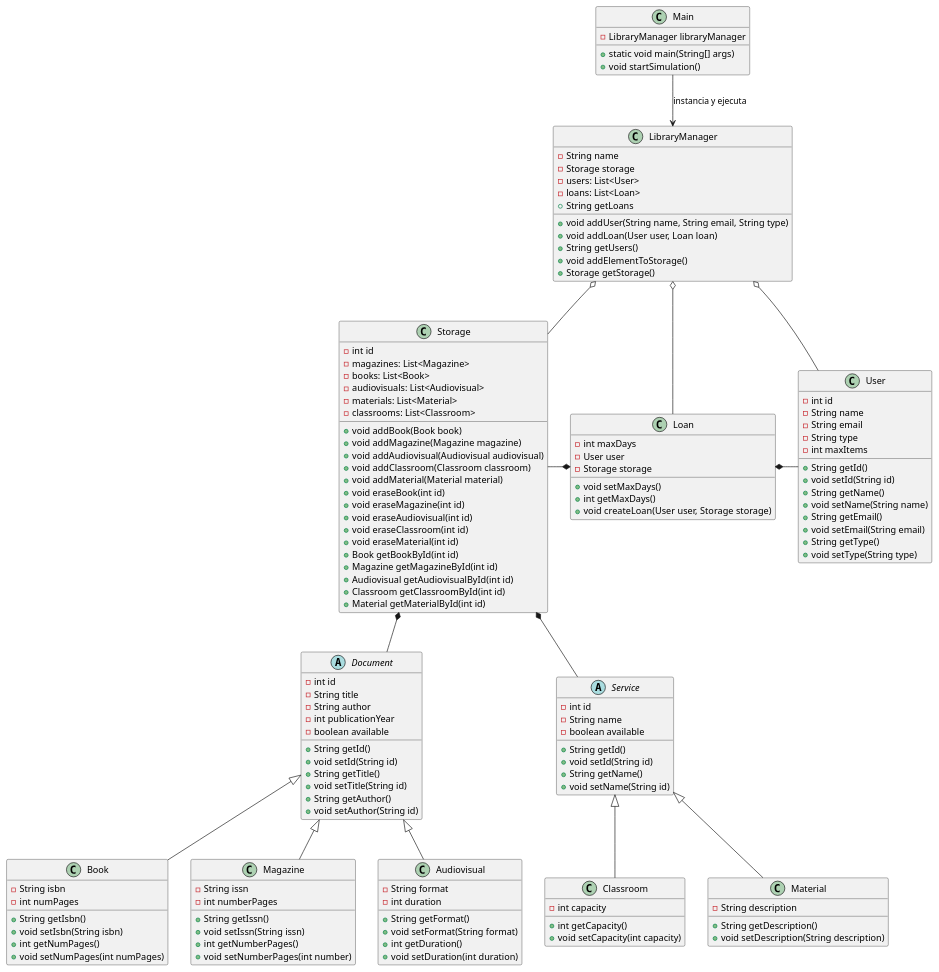
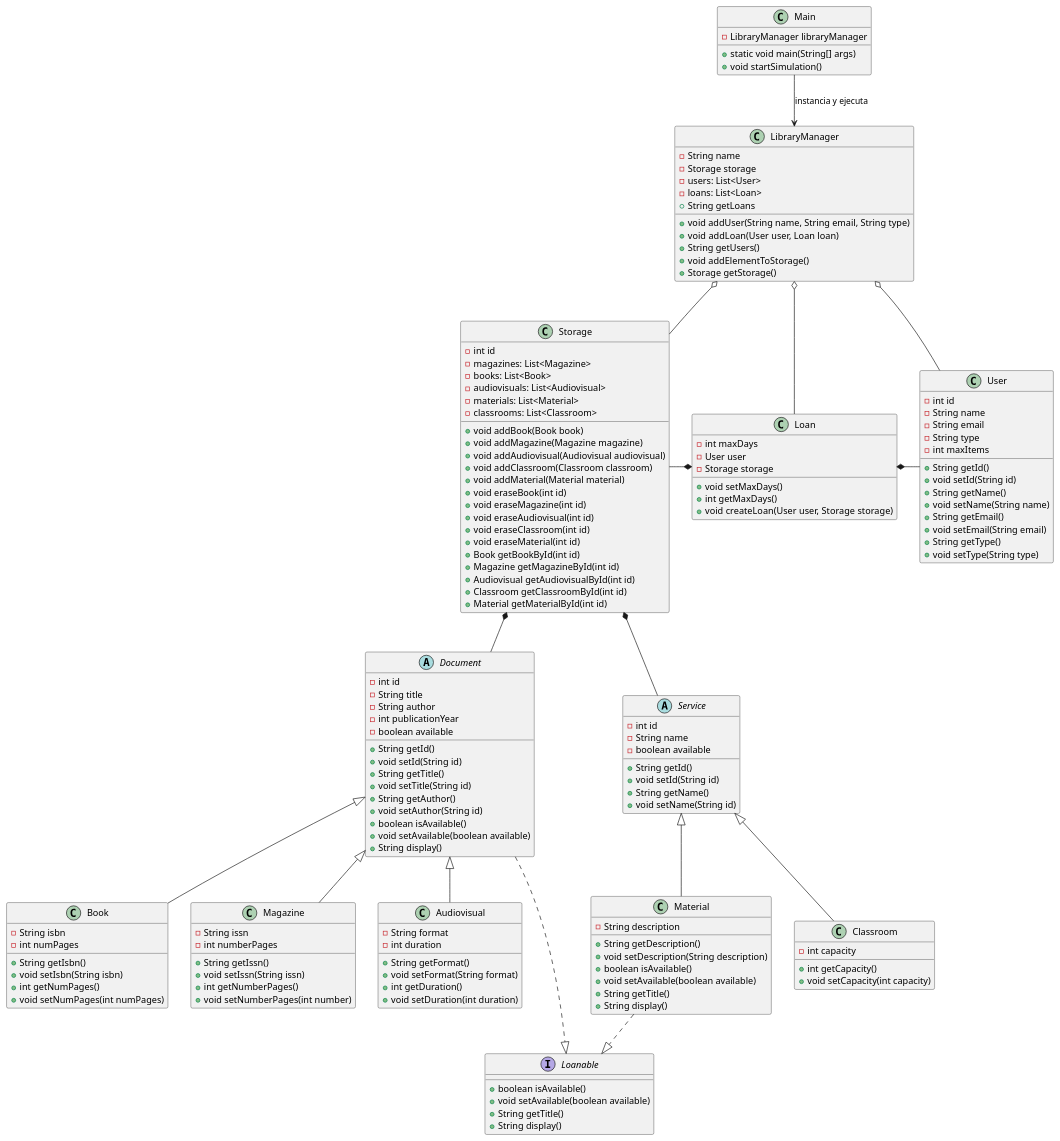
The diagram in modelosUML/DiagramaDeClases.puml (sara-patino/24-25-IdSw2-SDD), drawn with PlantUML before and after one commit.

Commit message:
agregar clase loanable en ddc

```diff
--- a/modelosUML/DiagramaDeClases.puml
+++ b/modelosUML/DiagramaDeClases.puml
@@ -1,150 +1,166 @@
 @startuml
 Main --> LibraryManager : "instancia y ejecuta"
 LibraryManager o-- Storage
 LibraryManager o-- User
 LibraryManager o-- Loan
 Storage -right-* Loan
 Loan *-right- User
 Storage *-- Document
 Storage *-- Service
 
 Service <|-- Classroom
 Service <|-- Material
 Document <|-- Book
 Document <|-- Magazine
 Document <|-- Audiovisual
 
+' Nueva interfaz
+interface Loanable {
+    +boolean isAvailable()
+    +void setAvailable(boolean available)
+    +String getTitle()
+    +String display()
+}
+
+Loanable <|.up. Document
+Loanable <|.up. Material
+
 class Material {
     -String description
     +String getDescription()
     +void setDescription(String description)
+    +boolean isAvailable()
+    +void setAvailable(boolean available)
+    +String getTitle()
+    +String display()
 }
 
 class Storage {
     - int id
     - magazines: List<Magazine> 
     - books: List<Book> 
     - audiovisuals: List<Audiovisual>
     - materials: List<Material>
     - classrooms: List<Classroom>
     + void addBook(Book book)
     + void addMagazine(Magazine magazine)
     + void addAudiovisual(Audiovisual audiovisual)
     + void addClassroom(Classroom classroom)
     + void addMaterial(Material material)
     + void eraseBook(int id)
     + void eraseMagazine(int id)
     + void eraseAudiovisual(int id)
     + void eraseClassroom(int id)
     + void eraseMaterial(int id)
     + Book getBookById(int id)
     + Magazine getMagazineById(int id)
     + Audiovisual getAudiovisualById(int id)
     + Classroom getClassroomById(int id)
     + Material getMaterialById(int id)
 }
 
 abstract class Document {
     -int id
     -String title
     -String author
     -int publicationYear
     -boolean available
     +String getId()
     +void setId(String id)
     +String getTitle()
     +void setTitle(String id)
     +String getAuthor()
     +void setAuthor(String id)
-    
+    +boolean isAvailable()
+    +void setAvailable(boolean available)
+    +String display()
 }
 
 class User {
     -int id
     -String name
     -String email
     -String type
     -int maxItems
 
     +String getId()
     +void setId(String id)
     +String getName()
     +void setName(String name)
     +String getEmail()
     +void setEmail(String email)
     +String getType()
     +void setType(String type)
 }
 
 class Book {
     -String isbn
     -int numPages
     +String getIsbn()
     +void setIsbn(String isbn)
     +int getNumPages()
     +void setNumPages(int numPages)
 }
 
 class Classroom {
     -int capacity
     +int getCapacity()
     +void setCapacity(int capacity)
 }
 
 abstract class Service {
     -int id
     -String name
     -boolean available
     +String getId()
     +void setId(String id)
     +String getName()
     +void setName(String id)
 }
 
 class Magazine {
     -String issn
     -int numberPages
     +String getIssn()
     +void setIssn(String issn)
     +int getNumberPages()
     +void setNumberPages(int number)
 }
 
 class Audiovisual {
     -String format
     -int duration
     +String getFormat()
     +void setFormat(String format)
     +int getDuration()
     +void setDuration(int duration)
 }
 
 class LibraryManager {
     -String name
     -Storage storage
     -users: List<User>
     -loans: List<Loan>
     +void addUser(String name, String email, String type)
     +void addLoan(User user, Loan loan)
     +String getUsers()
     +String getLoans
     +void addElementToStorage()
     +Storage getStorage()
 }
 
 class Main {
     -LibraryManager libraryManager
     +static void main(String[] args)
     +void startSimulation()
 }
 
 class Loan {
   -int maxDays
   -User user
   -Storage storage
   +void setMaxDays()
   +int getMaxDays()
   +void createLoan(User user, Storage storage)
 }
-
 @enduml
```
